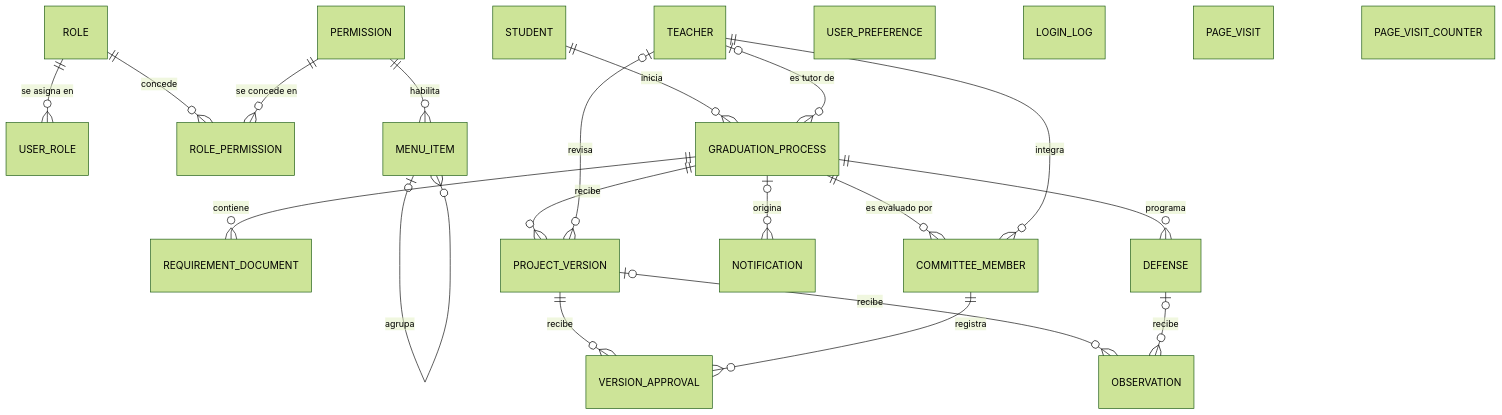
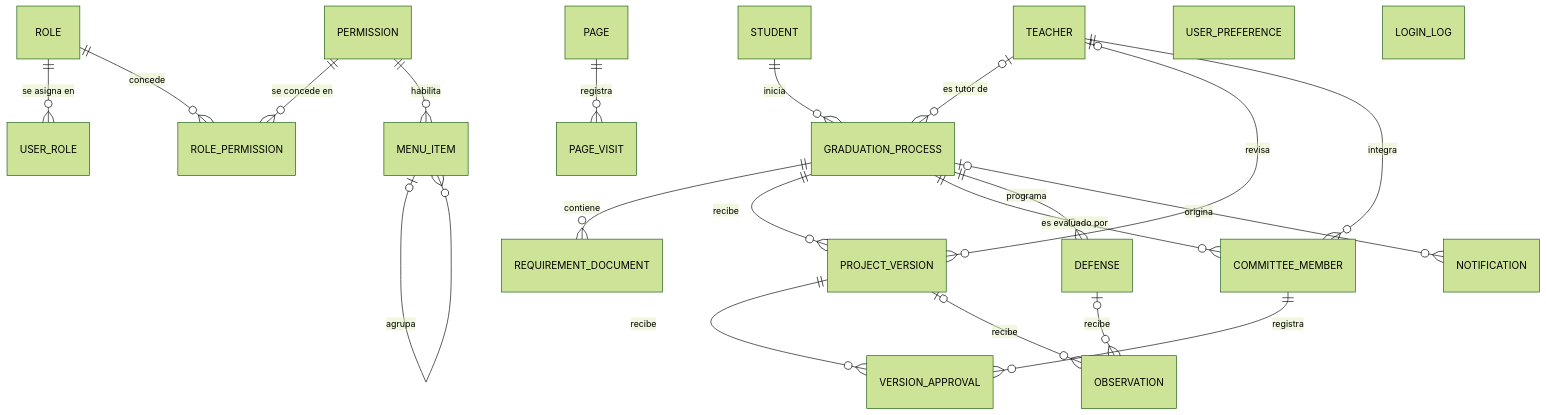
Before and after one commit to rogerrocaarano-ficct/inf513-proyecto2: the diagram in docs/entity_model.md, drawn with Mermaid (forest theme). The commit also changed other lines of this file, not shown here.

````diff
--- a/docs/entity_model.md
+++ b/docs/entity_model.md
@@ -10,25 +10,24 @@
 ```mermaid
 erDiagram
     ROLE ||--o{ USER_ROLE : "se asigna en"
     ROLE ||--o{ ROLE_PERMISSION : "concede"
     PERMISSION ||--o{ ROLE_PERMISSION : "se concede en"
     PERMISSION ||--o{ MENU_ITEM : "habilita"
     MENU_ITEM |o--o{ MENU_ITEM : "agrupa"
     STUDENT ||--o{ GRADUATION_PROCESS : "inicia"
     TEACHER |o--o{ GRADUATION_PROCESS : "es tutor de"
     GRADUATION_PROCESS ||--o{ REQUIREMENT_DOCUMENT : "contiene"
     GRADUATION_PROCESS ||--o{ PROJECT_VERSION : "recibe"
     TEACHER |o--o{ PROJECT_VERSION : "revisa"
     GRADUATION_PROCESS ||--o{ COMMITTEE_MEMBER : "es evaluado por"
     TEACHER ||--o{ COMMITTEE_MEMBER : "integra"
     PROJECT_VERSION ||--o{ VERSION_APPROVAL : "recibe"
     COMMITTEE_MEMBER ||--o{ VERSION_APPROVAL : "registra"
     PROJECT_VERSION |o--o{ OBSERVATION : "recibe"
     DEFENSE |o--o{ OBSERVATION : "recibe"
     GRADUATION_PROCESS ||--o{ DEFENSE : "programa"
     GRADUATION_PROCESS |o--o{ NOTIFICATION : "origina"
+    PAGE ||--o{ PAGE_VISIT : "registra"
     USER_PREFERENCE
     LOGIN_LOG
-    PAGE_VISIT
-    PAGE_VISIT_COUNTER
 ```
````
